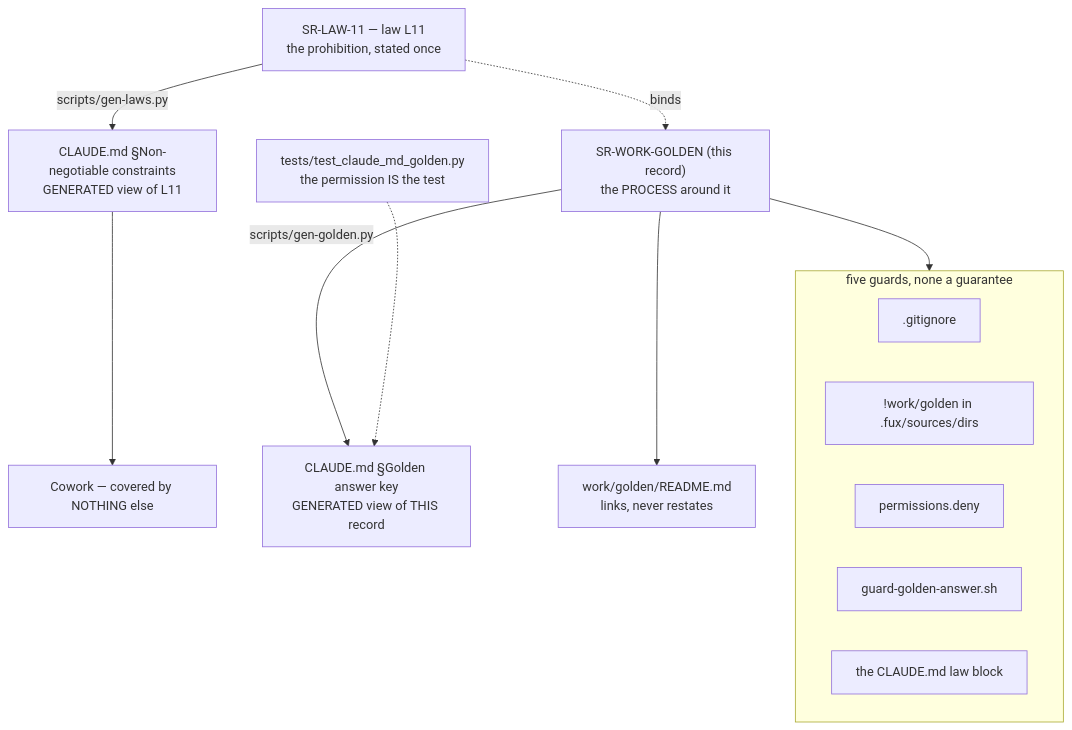
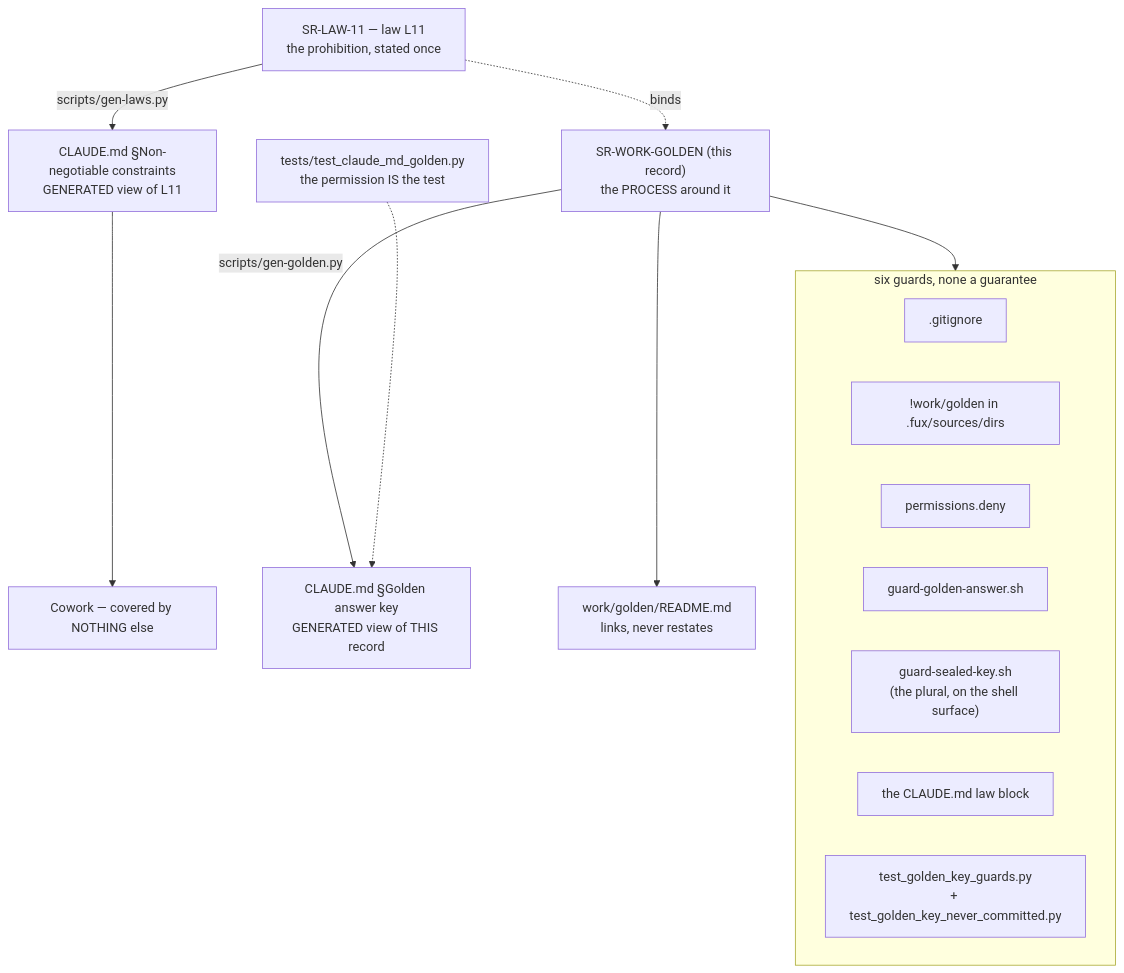
The diagram in records/0066_WORK-golden.md (arpitarya/fux), drawn with Mermaid before and after one commit. The commit also changed other lines of this file and 33 other files, not shown here.

````diff
--- a/records/0066_WORK-golden.md
+++ b/records/0066_WORK-golden.md
@@ -48,22 +51,24 @@
 ```mermaid
 flowchart TD
     L["SR-LAW-11 — law L11<br/>the prohibition, stated once"]
     R["SR-WORK-GOLDEN (this record)<br/>the PROCESS around it"]
     C["CLAUDE.md §Non-negotiable constraints<br/>GENERATED view of L11"]
     P["CLAUDE.md §Golden answer key<br/>GENERATED view of THIS record"]
     T["tests/test_claude_md_golden.py<br/>the permission IS the test"]
     L -->|scripts/gen-laws.py| C
     R -->|scripts/gen-golden.py| P
     T -.-> P
     L -.->|binds| R
     C --> W["Cowork — covered by NOTHING else"]
     R --> G["work/golden/README.md<br/>links, never restates"]
-    subgraph guards ["five guards, none a guarantee"]
+    subgraph guards ["six guards, none a guarantee"]
         G1[".gitignore"]
         G2["!work/golden in .fux/sources/dirs"]
         G3["permissions.deny"]
         G4["guard-golden-answer.sh"]
+        G4b["guard-sealed-key.sh<br/>(the plural, on the shell surface)"]
         G5["the CLAUDE.md law block"]
+        G6["test_golden_key_guards.py<br/>+ test_golden_key_never_committed.py"]
     end
     R --> guards
 ```
````
